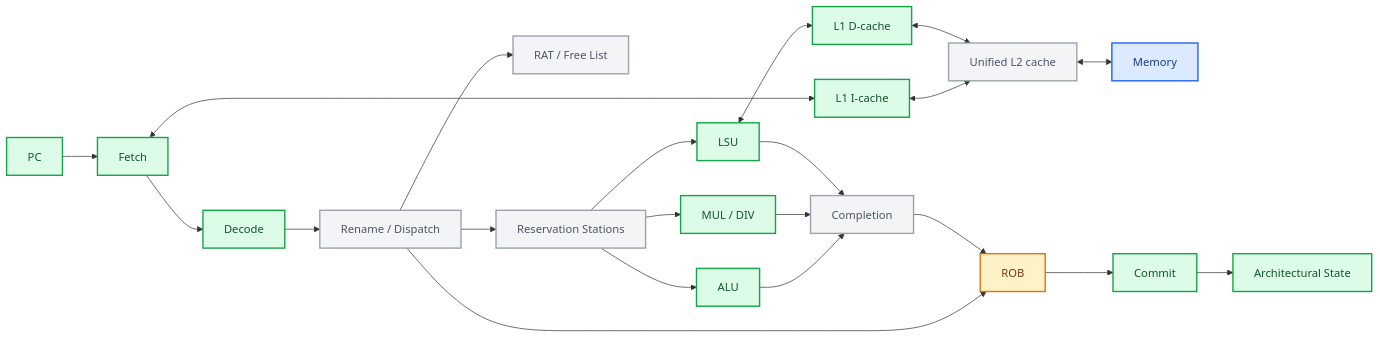
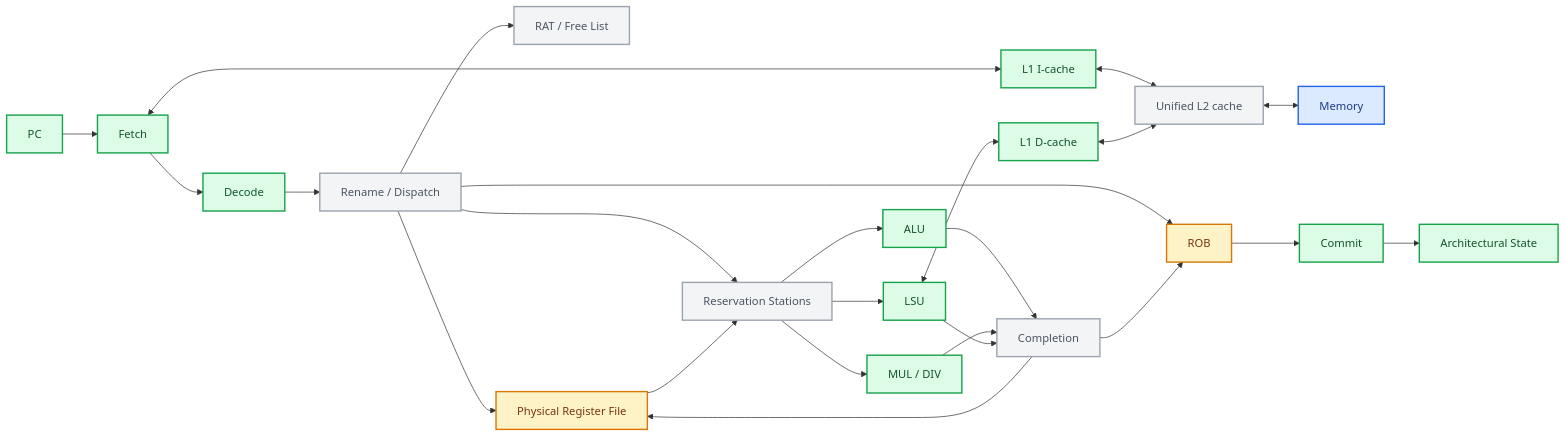
The second of 2 diagrams in README.md (JustinYYZ/rv32im-research-core), drawn with Mermaid before and after one commit. The commit also changed other lines of this file and 4 other files, not shown here.

Commit message:
feat: add out-of-order physical register file

````diff
--- a/README.md
+++ b/README.md
@@ -267,31 +278,34 @@
 ```mermaid
 flowchart LR
     PC --> FETCH[Fetch]
     FETCH <--> L1I["L1 I-cache"]
     L1I <--> L2["Unified L2 cache"]
     L2 <--> MEM[Memory]
     FETCH --> DECODE[Decode]
     DECODE --> RENAME["Rename / Dispatch"]
     RENAME --> RAT["RAT / Free List"]
+    RENAME --> PRF["Physical Register File"]
     RENAME --> ROB[ROB]
     RENAME --> RS["Reservation Stations"]
+    PRF --> RS
     RS --> ALU[ALU]
     RS --> MULDIV["MUL / DIV"]
     RS --> LSU[LSU]
     LSU <--> L1D["L1 D-cache"]
     L1D <--> L2
     ALU --> COMPLETE[Completion]
     MULDIV --> COMPLETE
     LSU --> COMPLETE
+    COMPLETE --> PRF
     COMPLETE --> ROB
     ROB --> COMMIT[Commit]
     COMMIT --> ARF["Architectural State"]
     classDef implemented fill:#dcfce7,stroke:#16a34a,color:#14532d,stroke-width:2px
     classDef partial fill:#fef3c7,stroke:#d97706,color:#78350f,stroke-width:2px
     classDef planned fill:#f3f4f6,stroke:#9ca3af,color:#4b5563,stroke-width:2px
     classDef external fill:#dbeafe,stroke:#2563eb,color:#1e3a8a,stroke-width:2px
     class PC,FETCH,L1I,L1D,DECODE,ALU,MULDIV,LSU,COMMIT,ARF implemented
-    class ROB partial
+    class ROB,PRF partial
     class L2,RENAME,RAT,RS,COMPLETE planned
     class MEM external
 ```
````
